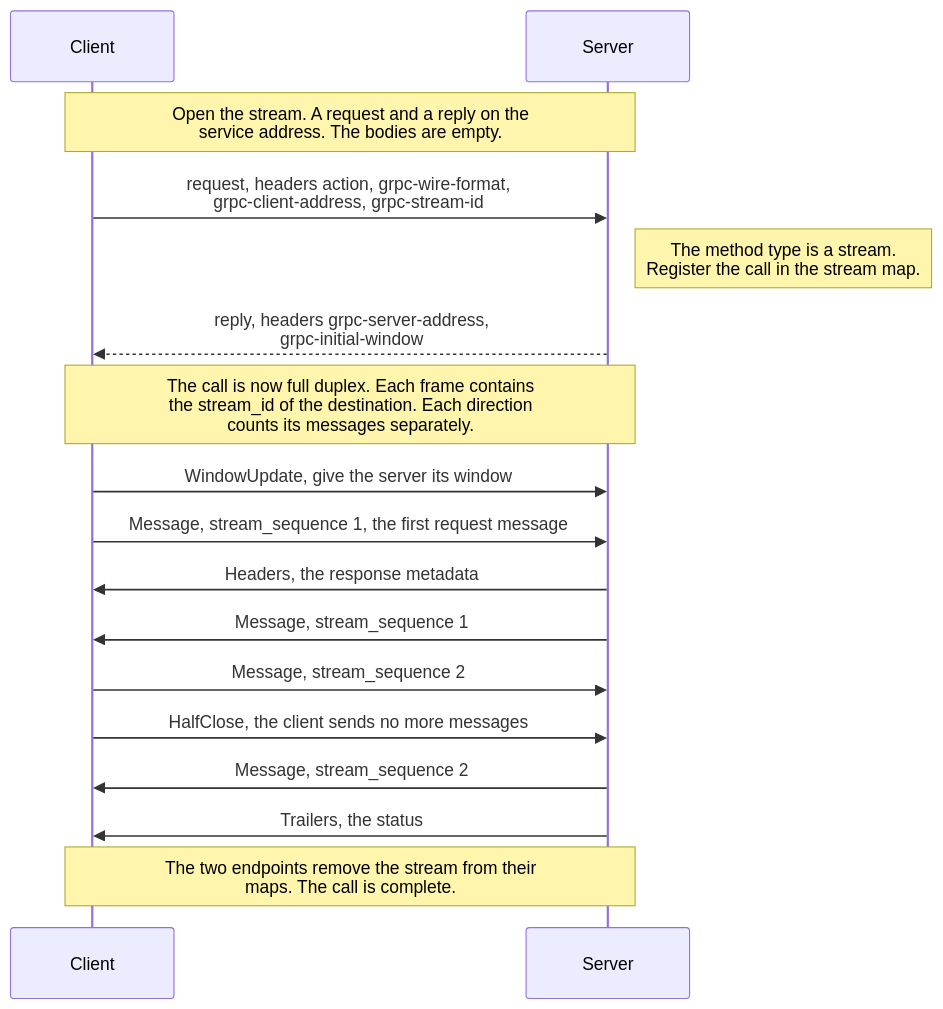
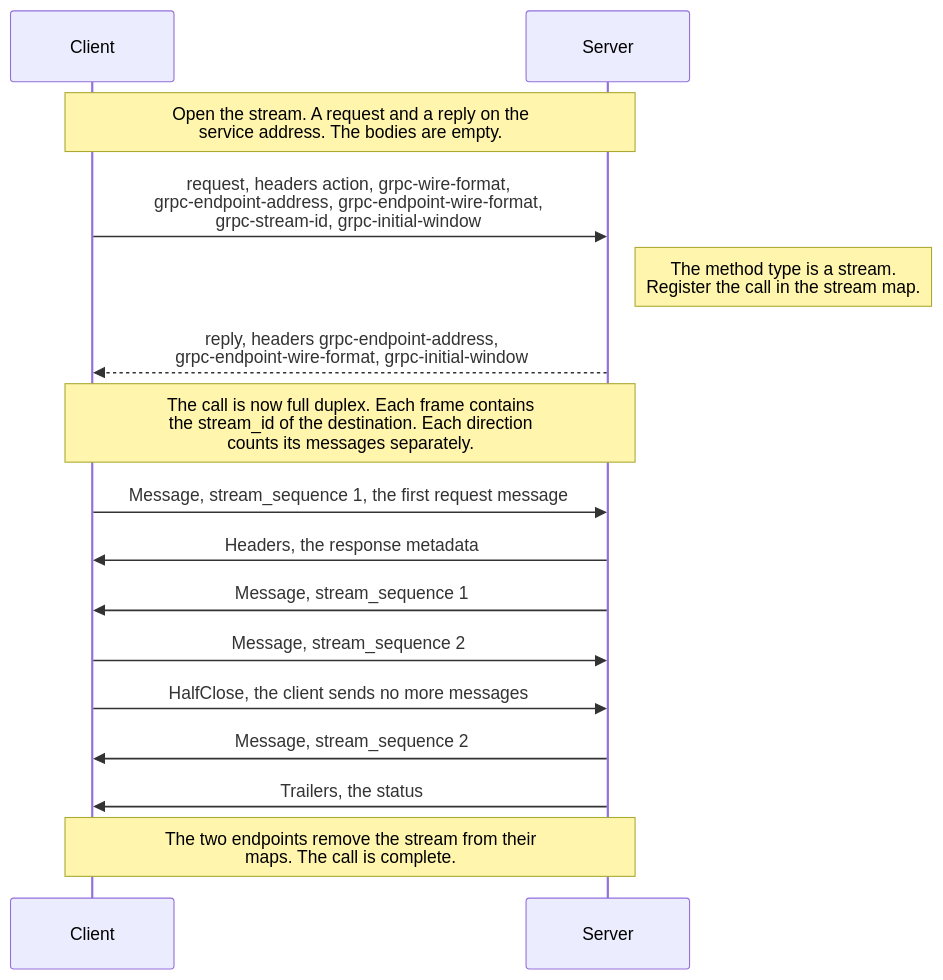
One commit to eclipse-vertx/vertx-grpc changed the diagram in vertx-grpc-eventbus/README.md. Above: the diagram before and after it, drawn with Mermaid. The commit also changed other lines of this file, not shown here.

````diff
--- a/vertx-grpc-eventbus/README.md
+++ b/vertx-grpc-eventbus/README.md
@@ -147,21 +151,20 @@
 ```mermaid
 sequenceDiagram
     participant C as Client
     participant S as Server
 
     Note over C,S: Open the stream. A request and a reply on the<br/>service address. The bodies are empty.
-    C->>S: request, headers action, grpc-wire-format,<br/>grpc-client-address, grpc-stream-id
+    C->>S: request, headers action, grpc-wire-format,<br/>grpc-endpoint-address, grpc-endpoint-wire-format,<br/>grpc-stream-id, grpc-initial-window
     Note right of S: The method type is a stream.<br/>Register the call in the stream map.
-    S-->>C: reply, headers grpc-server-address,<br/> grpc-initial-window
+    S-->>C: reply, headers grpc-endpoint-address,<br/>grpc-endpoint-wire-format, grpc-initial-window
 
     Note over C,S: The call is now full duplex. Each frame contains<br/>the stream_id of the destination. Each direction<br/>counts its messages separately.
-    C->>S: WindowUpdate, give the server its window
     C->>S: Message, stream_sequence 1, the first request message
     S->>C: Headers, the response metadata
     S->>C: Message, stream_sequence 1
     C->>S: Message, stream_sequence 2
     C->>S: HalfClose, the client sends no more messages
     S->>C: Message, stream_sequence 2
     S->>C: Trailers, the status
     Note over C,S: The two endpoints remove the stream from their<br/>maps. The call is complete.
 ```
````
